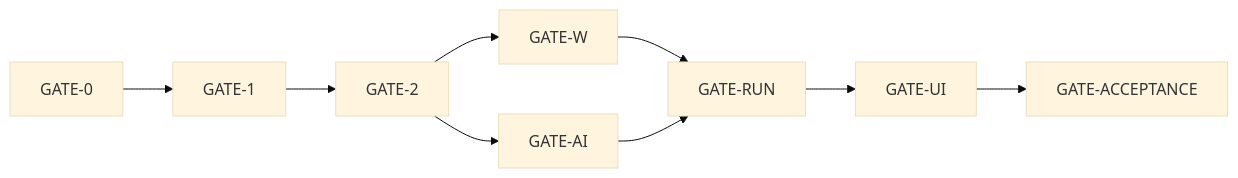
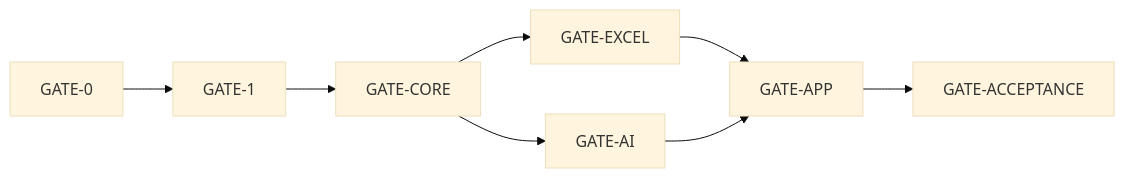
The diagram in docs-dev/traceability.md (dahatake/StudyReport-Evaluator), drawn with Mermaid (base theme) before and after one commit. The commit also changed other lines of this file, not shown here.

````diff
--- a/docs-dev/traceability.md
+++ b/docs-dev/traceability.md
@@ -112,11 +126,10 @@
 ```mermaid
 flowchart LR
     G0[GATE-0] --> G1[GATE-1]
-    G1 --> G2[GATE-2]
-    G2 --> GW[GATE-W]
-    G2 --> GA[GATE-AI]
-    GW --> GR[GATE-RUN]
-    GA --> GR
-    GR --> GU[GATE-UI]
+    G1 --> GC[GATE-CORE]
+    GC --> GX[GATE-EXCEL]
+    GC --> GA[GATE-AI]
+    GX --> GU[GATE-APP]
+    GA --> GU
     GU --> GE[GATE-ACCEPTANCE]
 ```
````
